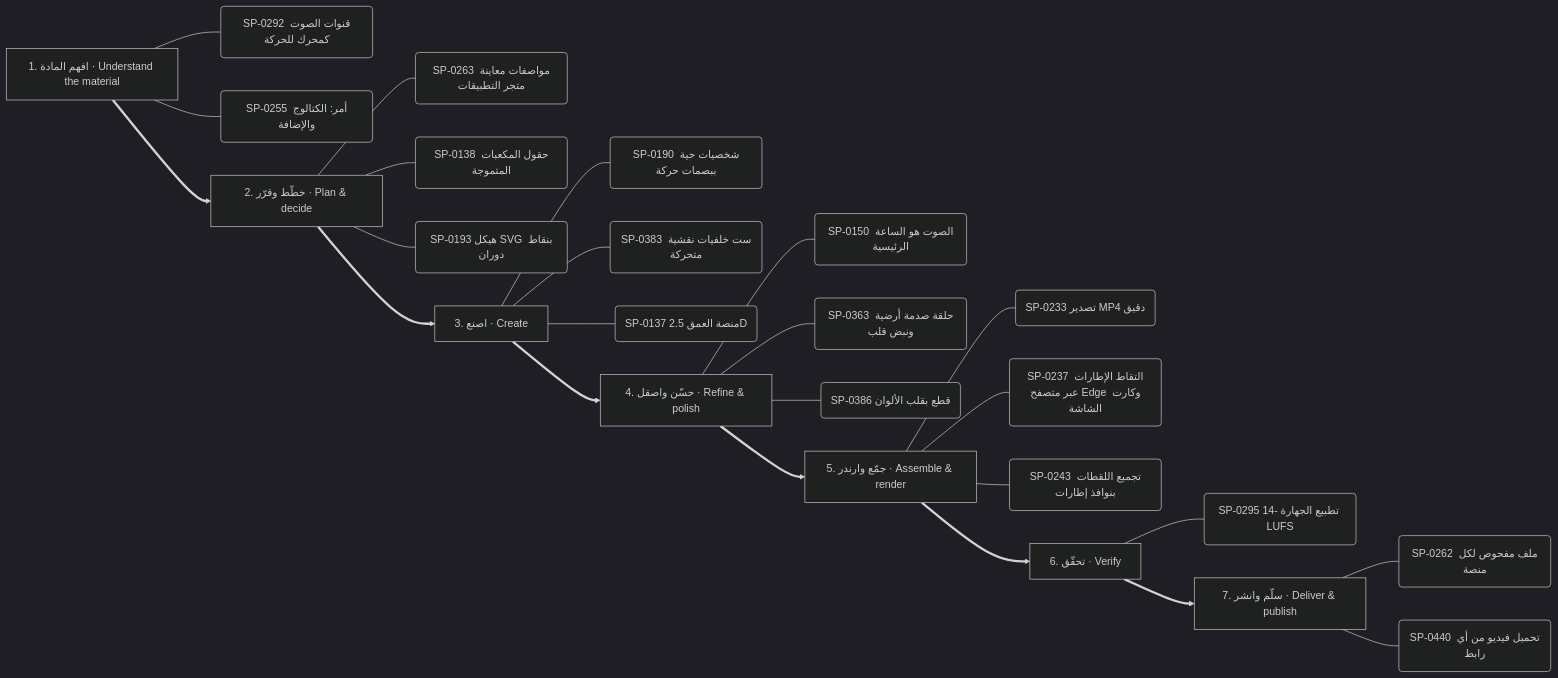
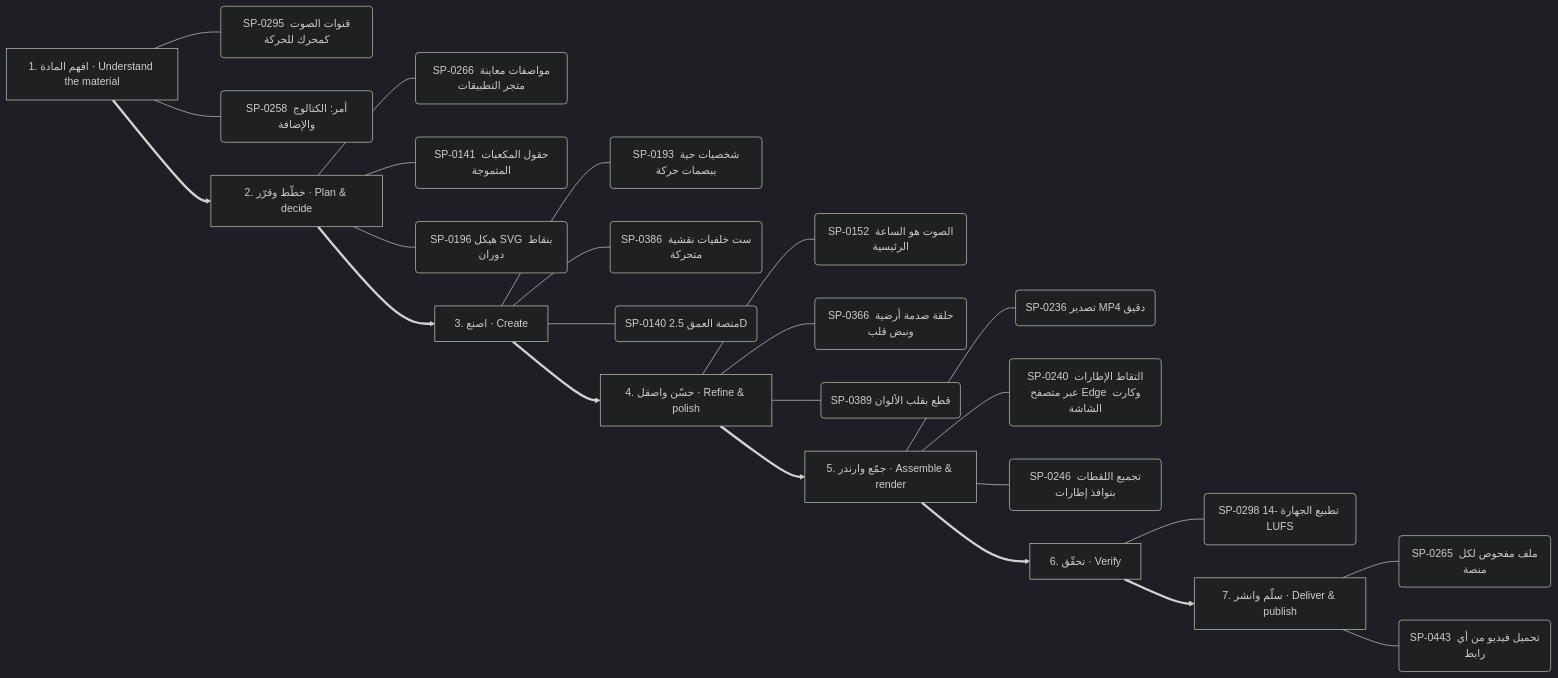
Before and after one commit to kosif199022-jpg/kosif-tool: the fourth of 13 diagrams in .claude/skills/kosif-superpowers/references/capability-mindmap.md, drawn with Mermaid (dark theme). The commit also changed other lines of this file and 46 other files, not shown here.

````diff
--- a/.claude/skills/kosif-superpowers/references/capability-mindmap.md
+++ b/.claude/skills/kosif-superpowers/references/capability-mindmap.md
@@ -227,33 +226,33 @@
 ```mermaid
 flowchart LR
   S0["1. افهم المادة · Understand the material"]
-  S0 --- S0_0("SP-0292 قنوات الصوت كمحرك للحركة")
-  S0 --- S0_1("SP-0255 أمر: الكتالوج والإضافة")
+  S0 --- S0_0("SP-0295 قنوات الصوت كمحرك للحركة")
+  S0 --- S0_1("SP-0258 أمر: الكتالوج والإضافة")
   S1["2. خطّط وقرّر · Plan & decide"]
-  S1 --- S1_0("SP-0263 مواصفات معاينة متجر التطبيقات")
-  S1 --- S1_1("SP-0138 حقول المكعبات المتموجة")
-  S1 --- S1_2("SP-0193 هيكل SVG بنقاط دوران")
+  S1 --- S1_0("SP-0266 مواصفات معاينة متجر التطبيقات")
+  S1 --- S1_1("SP-0141 حقول المكعبات المتموجة")
+  S1 --- S1_2("SP-0196 هيكل SVG بنقاط دوران")
   S0 ==> S1
   S2["3. اصنع · Create"]
-  S2 --- S2_0("SP-0190 شخصيات حية ببصمات حركة")
-  S2 --- S2_1("SP-0383 ست خلفيات نقشية متحركة")
-  S2 --- S2_2("SP-0137 منصة العمق 2.5D")
+  S2 --- S2_0("SP-0193 شخصيات حية ببصمات حركة")
+  S2 --- S2_1("SP-0386 ست خلفيات نقشية متحركة")
+  S2 --- S2_2("SP-0140 منصة العمق 2.5D")
   S1 ==> S2
   S3["4. حسّن واصقل · Refine & polish"]
-  S3 --- S3_0("SP-0150 الصوت هو الساعة الرئيسية")
-  S3 --- S3_1("SP-0363 حلقة صدمة أرضية ونبض قلب")
-  S3 --- S3_2("SP-0386 قطع بقلب الألوان")
+  S3 --- S3_0("SP-0152 الصوت هو الساعة الرئيسية")
+  S3 --- S3_1("SP-0366 حلقة صدمة أرضية ونبض قلب")
+  S3 --- S3_2("SP-0389 قطع بقلب الألوان")
   S2 ==> S3
   S4["5. جمّع وارندر · Assemble & render"]
-  S4 --- S4_0("SP-0233 تصدير MP4 دقيق")
-  S4 --- S4_1("SP-0237 التقاط الإطارات عبر متصفح Edge وكارت الشاشة")
-  S4 --- S4_2("SP-0243 تجميع اللقطات بنوافذ إطارات")
+  S4 --- S4_0("SP-0236 تصدير MP4 دقيق")
+  S4 --- S4_1("SP-0240 التقاط الإطارات عبر متصفح Edge وكارت الشاشة")
+  S4 --- S4_2("SP-0246 تجميع اللقطات بنوافذ إطارات")
   S3 ==> S4
   S5["6. تحقّق · Verify"]
-  S5 --- S5_0("SP-0295 تطبيع الجهارة -14 LUFS")
+  S5 --- S5_0("SP-0298 تطبيع الجهارة -14 LUFS")
   S4 ==> S5
   S6["7. سلّم وانشر · Deliver & publish"]
-  S6 --- S6_0("SP-0262 ملف مفحوص لكل منصة")
-  S6 --- S6_1("SP-0440 تحميل فيديو من أي رابط")
+  S6 --- S6_0("SP-0265 ملف مفحوص لكل منصة")
+  S6 --- S6_1("SP-0443 تحميل فيديو من أي رابط")
   S5 ==> S6
 ```
````
